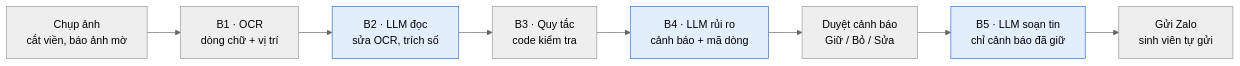
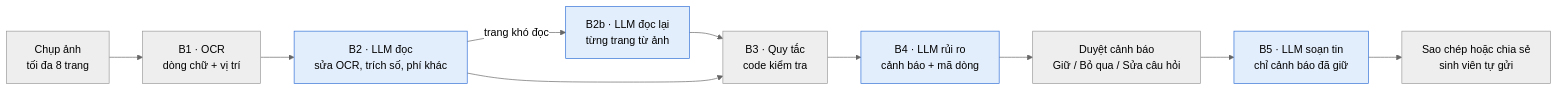
The diagram in README.md (baohp2005-code/rental-contract-ai), drawn with Mermaid (neutral theme) before and after one commit. The commit also changed other lines of this file, not shown here.

````diff
--- a/README.md
+++ b/README.md
@@ -44,13 +45,15 @@
 ```mermaid
 flowchart LR
-    A[Chụp ảnh<br/>cắt viền, báo ảnh mờ] --> B1[B1 · OCR<br/>dòng chữ + vị trí]
-    B1 --> B2[B2 · LLM đọc<br/>sửa OCR, trích số]
+    A[Chụp ảnh<br/>tối đa 8 trang] --> B1[B1 · OCR<br/>dòng chữ + vị trí]
+    B1 --> B2[B2 · LLM đọc<br/>sửa OCR, trích số, phí khác]
+    B2 -->|trang khó đọc| B2b[B2b · LLM đọc lại<br/>từng trang từ ảnh]
+    B2b --> B3
     B2 --> B3[B3 · Quy tắc<br/>code kiểm tra]
     B3 --> B4[B4 · LLM rủi ro<br/>cảnh báo + mã dòng]
-    B4 --> R[Duyệt cảnh báo<br/>Giữ / Bỏ / Sửa]
+    B4 --> R[Duyệt cảnh báo<br/>Giữ / Bỏ qua / Sửa câu hỏi]
     R --> B5[B5 · LLM soạn tin<br/>chỉ cảnh báo đã giữ]
-    B5 --> Z[Gửi Zalo<br/>sinh viên tự gửi]
+    B5 --> Z[Sao chép hoặc chia sẻ<br/>sinh viên tự gửi]
 
     classDef llm fill:#e3eefc,stroke:#2f6fd6
-    class B2,B4,B5 llm
+    class B2,B2b,B4,B5 llm
 ```
````
